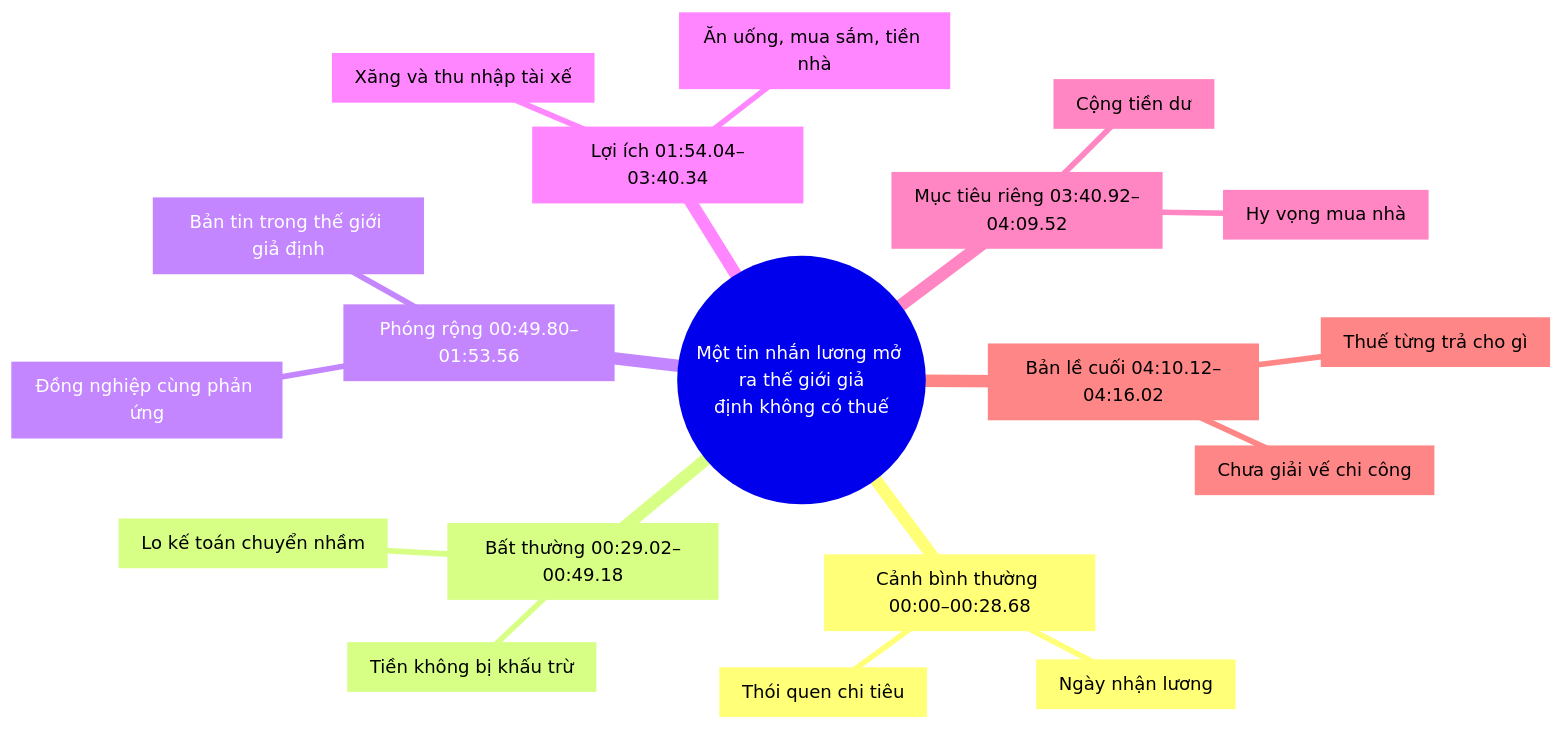
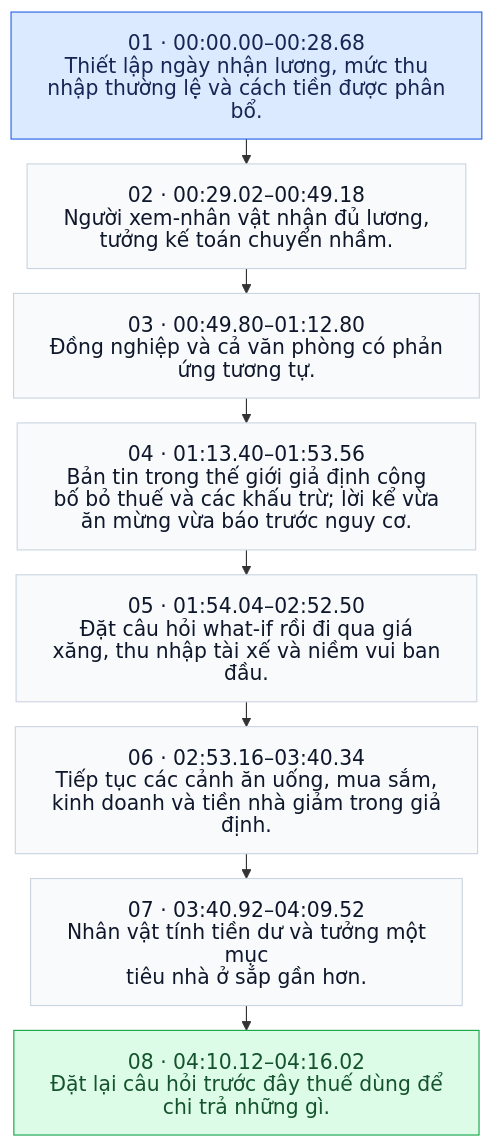
The diagram in skills/hook-script/references/corpus/cases/7702669503209016594.md (vilo0411/hook-script-kit), drawn with Mermaid before and after one commit. The commit also changed other lines of this file and 103 other files, not shown here.

Commit message:
Diversify Vietnamese clip sources and replace radial maps with story flows

````diff
--- a/skills/hook-script/references/corpus/cases/7702669503209016594.md
+++ b/skills/hook-script/references/corpus/cases/7702669503209016594.md
@@ -135,22 +17,25 @@
 ```mermaid
-mindmap
-  root((Một tin nhắn lương mở ra thế giới giả<br/>định không có thuế))
-    b0["Cảnh bình thường 00:00–00:28.68"]
-      b0c0["Ngày nhận lương"]
-      b0c1["Thói quen chi tiêu"]
-    b1["Bất thường 00:29.02–00:49.18"]
-      b1c0["Tiền không bị khấu trừ"]
-      b1c1["Lo kế toán chuyển nhầm"]
-    b2["Phóng rộng 00:49.80–01:53.56"]
-      b2c0["Đồng nghiệp cùng phản ứng"]
-      b2c1["Bản tin trong thế giới giả định"]
-    b3["Lợi ích 01:54.04–03:40.34"]
-      b3c0["Xăng và thu nhập tài xế"]
-      b3c1["Ăn uống, mua sắm, tiền nhà"]
-    b4["Mục tiêu riêng 03:40.92–04:09.52"]
-      b4c0["Cộng tiền dư"]
-      b4c1["Hy vọng mua nhà"]
-    b5["Bản lề cuối 04:10.12–04:16.02"]
-      b5c0["Thuế từng trả cho gì"]
-      b5c1["Chưa giải vế chi công"]
+%%{init: {"htmlLabels": false, "themeVariables": {"fontSize": "18px"}, "flowchart": {"padding": 16, "rankSpacing": 22, "wrappingWidth": 360}}}%%
+flowchart TD
+  n0["01 · 00:00.00–00:28.68<br/>Thiết lập ngày nhận lương, mức thu<br/>nhập thường lệ và cách tiền được phân<br/>bổ."]
+  n1["02 · 00:29.02–00:49.18<br/>Người xem-nhân vật nhận đủ lương,<br/>tưởng kế toán chuyển nhầm."]
+  n0 --> n1
+  n2["03 · 00:49.80–01:12.80<br/>Đồng nghiệp và cả văn phòng có phản<br/>ứng tương tự."]
+  n1 --> n2
+  n3["04 · 01:13.40–01:53.56<br/>Bản tin trong thế giới giả định công<br/>bố bỏ thuế và các khấu trừ; lời kể vừa<br/>ăn mừng vừa báo trước nguy cơ."]
+  n2 --> n3
+  n4["05 · 01:54.04–02:52.50<br/>Đặt câu hỏi what-if rồi đi qua giá<br/>xăng, thu nhập tài xế và niềm vui ban<br/>đầu."]
+  n3 --> n4
+  n5["06 · 02:53.16–03:40.34<br/>Tiếp tục các cảnh ăn uống, mua sắm,<br/>kinh doanh và tiền nhà giảm trong giả<br/>định."]
+  n4 --> n5
+  n6["07 · 03:40.92–04:09.52<br/>Nhân vật tính tiền dư và tưởng một mục<br/>tiêu nhà ở sắp gần hơn."]
+  n5 --> n6
+  n7["08 · 04:10.12–04:16.02<br/>Đặt lại câu hỏi trước đây thuế dùng để<br/>chi trả những gì."]
+  n6 --> n7
+  classDef phase fill:#F8FAFC,stroke:#CBD5E1,color:#0F172A,font-size:18px;
+  classDef opening fill:#DBEAFE,stroke:#2563EB,color:#172554,font-size:18px;
+  classDef ending fill:#DCFCE7,stroke:#16A34A,color:#14532D,font-size:18px;
+  class n0,n1,n2,n3,n4,n5,n6,n7 phase;
+  class n0 opening;
+  class n7 ending;
 ```
````
